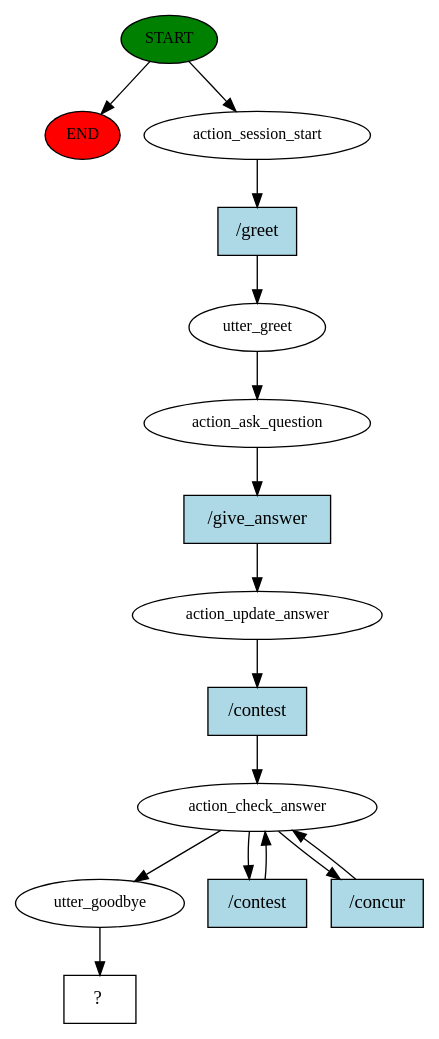
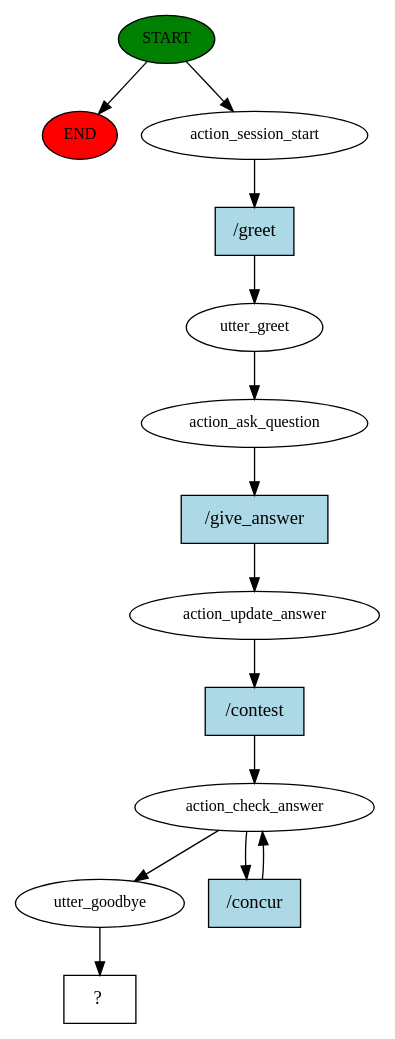
One commit to ddenley/Multi-Person-Quiz changed the diagram in nlu_test/story_graph.dot. Above: the diagram before and after it, drawn with Graphviz. The commit also changed 198 other files, not shown here.

```diff
--- a/nlu_test/story_graph.dot
+++ b/nlu_test/story_graph.dot
@@ -1,31 +1,28 @@
 digraph  {
 0 [class="start active", fillcolor=green, fontsize=12, label=START, style=filled];
 "-1" [class=end, fillcolor=red, fontsize=12, label=END, style=filled];
 1 [class=active, fontsize=12, label=action_session_start];
 2 [class=active, fontsize=12, label=utter_greet];
 3 [class=active, fontsize=12, label=action_ask_question];
 4 [class=active, fontsize=12, label=action_update_answer];
 5 [class=active, fontsize=12, label=action_check_answer];
-8 [class=active, fontsize=12, label=utter_goodbye];
-9 [class="intent dashed active", label="  ?  ", shape=rect];
-10 [class="intent active", fillcolor=lightblue, label="/greet", shape=rect, style=filled];
-11 [class="intent active", fillcolor=lightblue, label="/give_answer", shape=rect, style=filled];
-12 [class="intent active", fillcolor=lightblue, label="/contest", shape=rect, style=filled];
-13 [class="intent active", fillcolor=lightblue, label="/contest", shape=rect, style=filled];
-14 [class="intent active", fillcolor=lightblue, label="/concur", shape=rect, style=filled];
+7 [class=active, fontsize=12, label=utter_goodbye];
+8 [class="intent dashed active", label="  ?  ", shape=rect];
+9 [class="intent active", fillcolor=lightblue, label="/greet", shape=rect, style=filled];
+10 [class="intent active", fillcolor=lightblue, label="/give_answer", shape=rect, style=filled];
+11 [class="intent active", fillcolor=lightblue, label="/contest", shape=rect, style=filled];
+12 [class="intent active", fillcolor=lightblue, label="/concur", shape=rect, style=filled];
 0 -> "-1"  [class="", key=NONE, label=""];
 0 -> 1  [class=active, key=NONE, label=""];
-1 -> 10  [class=active, key=0];
+1 -> 9  [class=active, key=0];
 2 -> 3  [class=active, key=NONE, label=""];
-3 -> 11  [class=active, key=0];
-4 -> 12  [class=active, key=0];
-5 -> 8  [class=active, key=NONE, label=""];
-5 -> 13  [class=active, key=0];
-5 -> 14  [class=active, key=0];
-8 -> 9  [class=active, key=NONE, label=""];
-10 -> 2  [class=active, key=0];
-11 -> 4  [class=active, key=0];
+3 -> 10  [class=active, key=0];
+4 -> 11  [class=active, key=0];
+5 -> 7  [class=active, key=NONE, label=""];
+5 -> 12  [class=active, key=0];
+7 -> 8  [class=active, key=NONE, label=""];
+9 -> 2  [class=active, key=0];
+10 -> 4  [class=active, key=0];
+11 -> 5  [class=active, key=0];
 12 -> 5  [class=active, key=0];
-13 -> 5  [class=active, key=0];
-14 -> 5  [class=active, key=0];
 }
```
